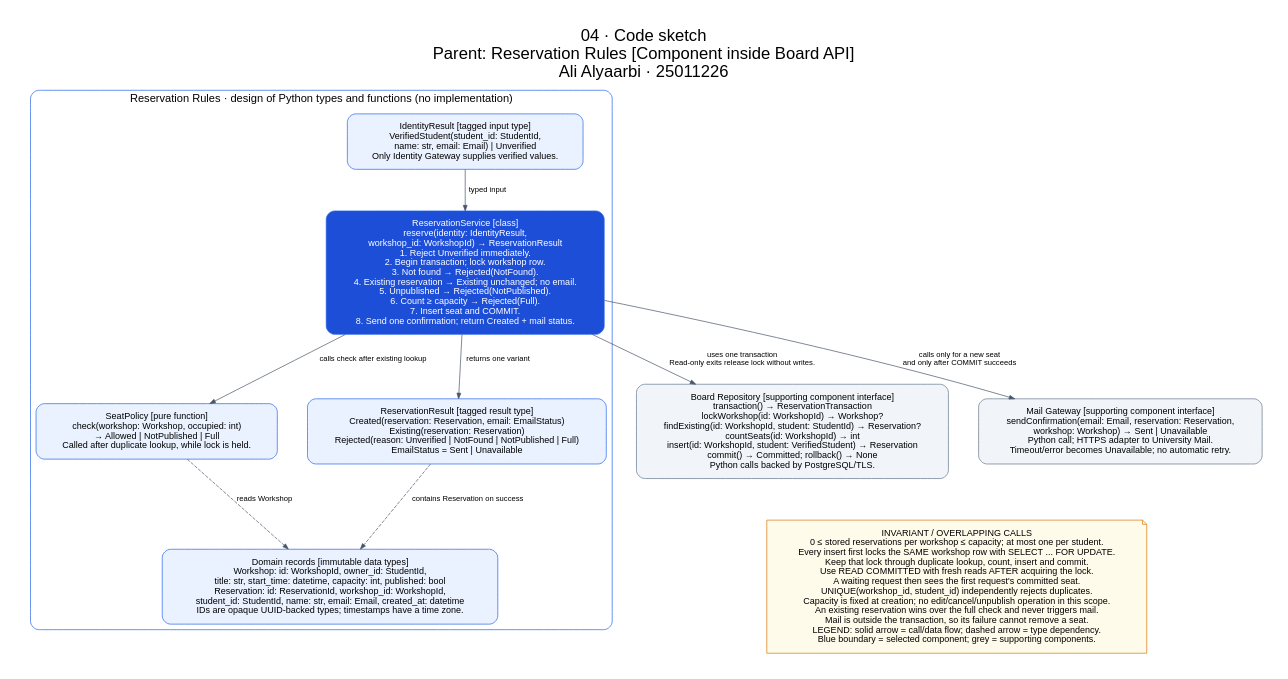
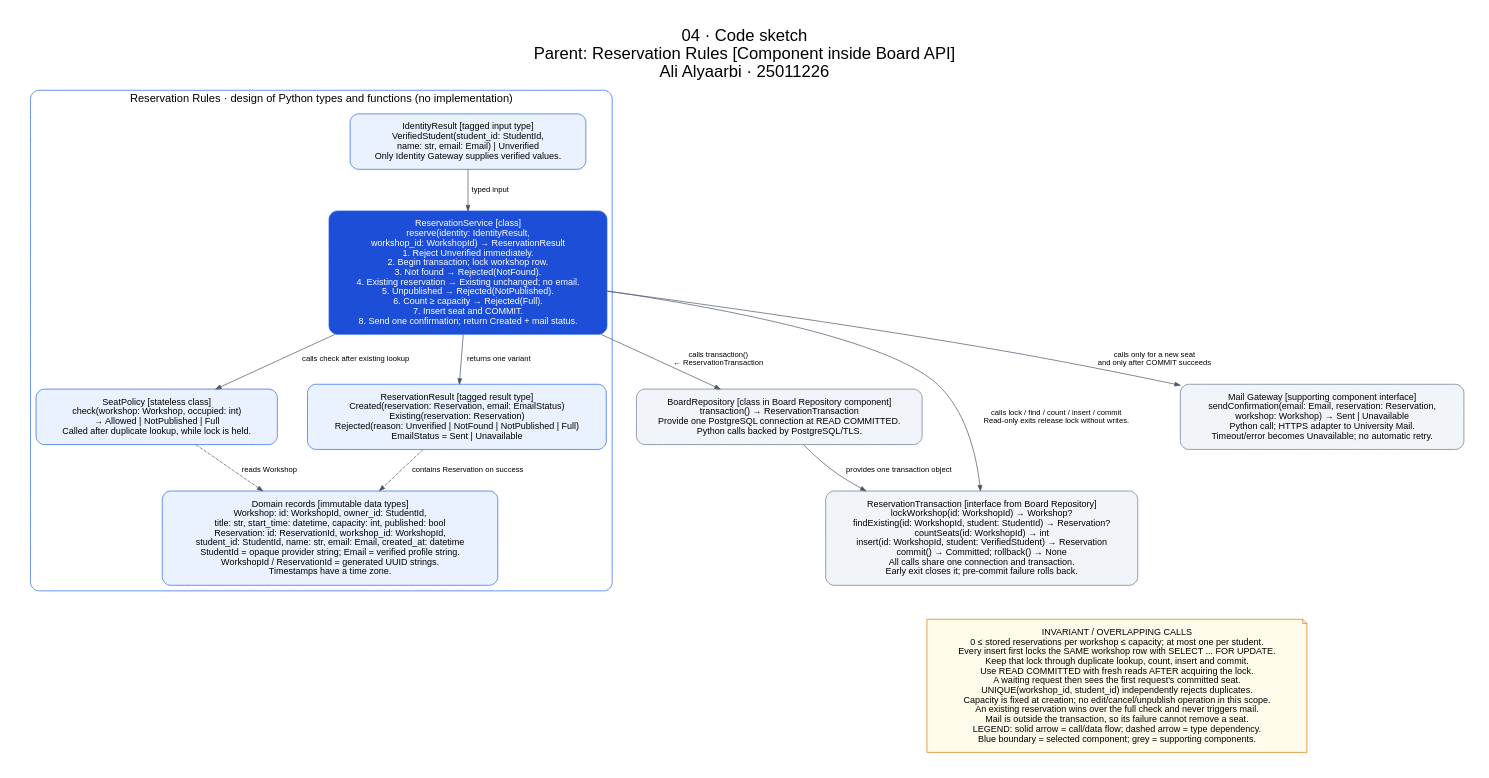
Before and after one commit to Alyrbi/a1220: the diagram in lab05/diagrams/source/04-code.dot, drawn with Graphviz. The commit also changed 13 other files, not shown here.

Commit message:
Clarify Lab 05 transaction boundaries and audit diagram consistency

```diff
--- a/lab05/diagrams/source/04-code.dot
+++ b/lab05/diagrams/source/04-code.dot
@@ -1,31 +1,35 @@
 digraph Code {
   graph [rankdir=TB, bgcolor=white, pad=0.4, nodesep=0.6, ranksep=0.65,
     fontname="Helvetica", fontsize=24, labelloc=t,
     label="04 · Code sketch\nParent: Reservation Rules [Component inside Board API]\nAli Alyaarbi · 25011226"];
   node [shape=box, style="rounded,filled", fillcolor="#EAF2FF", color="#2563EB", fontname="Helvetica", fontsize=13, margin="0.20,0.16"];
   edge [fontname="Helvetica", fontsize=11, color="#475569", arrowsize=0.8];
   subgraph cluster_rules {
     label="Reservation Rules · design of Python types and functions (no implementation)"; fontsize=16; color="#2563EB"; style=rounded;
     identity [label="IdentityResult [tagged input type]\nVerifiedStudent(student_id: StudentId,\nname: str, email: Email) | Unverified\nOnly Identity Gateway supplies verified values."];
     service [fillcolor="#1D4ED8", fontcolor=white,
       label="ReservationService [class]\nreserve(identity: IdentityResult,\nworkshop_id: WorkshopId) → ReservationResult\n1. Reject Unverified immediately.\n2. Begin transaction; lock workshop row.\n3. Not found → Rejected(NotFound).\n4. Existing reservation → Existing unchanged; no email.\n5. Unpublished → Rejected(NotPublished).\n6. Count ≥ capacity → Rejected(Full).\n7. Insert seat and COMMIT.\n8. Send one confirmation; return Created + mail status."];
-    policy [label="SeatPolicy [pure function]\ncheck(workshop: Workshop, occupied: int)\n→ Allowed | NotPublished | Full\nCalled after duplicate lookup, while lock is held."];
+    policy [label="SeatPolicy [stateless class]\ncheck(workshop: Workshop, occupied: int)\n→ Allowed | NotPublished | Full\nCalled after duplicate lookup, while lock is held."];
     result [label="ReservationResult [tagged result type]\nCreated(reservation: Reservation, email: EmailStatus)\nExisting(reservation: Reservation)\nRejected(reason: Unverified | NotFound | NotPublished | Full)\nEmailStatus = Sent | Unavailable"];
-    types [label="Domain records [immutable data types]\nWorkshop: id: WorkshopId, owner_id: StudentId,\ntitle: str, start_time: datetime, capacity: int, published: bool\nReservation: id: ReservationId, workshop_id: WorkshopId,\nstudent_id: StudentId, name: str, email: Email, created_at: datetime\nIDs are opaque UUID-backed types; timestamps have a time zone."];
+    types [label="Domain records [immutable data types]\nWorkshop: id: WorkshopId, owner_id: StudentId,\ntitle: str, start_time: datetime, capacity: int, published: bool\nReservation: id: ReservationId, workshop_id: WorkshopId,\nstudent_id: StudentId, name: str, email: Email, created_at: datetime\nStudentId = opaque provider string; Email = verified profile string.\nWorkshopId / ReservationId = generated UUID strings.\nTimestamps have a time zone."];
     identity -> service [label="typed input"];
     service -> policy [label="calls check after existing lookup"];
     service -> result [label="returns one variant"];
     policy -> types [style=dashed, label="reads Workshop"];
     result -> types [style=dashed, label="contains Reservation on success"];
   }
   repository [fillcolor="#F1F5F9", color="#64748B",
-    label="Board Repository [supporting component interface]\ntransaction() → ReservationTransaction\nlockWorkshop(id: WorkshopId) → Workshop?\nfindExisting(id: WorkshopId, student: StudentId) → Reservation?\ncountSeats(id: WorkshopId) → int\ninsert(id: WorkshopId, student: VerifiedStudent) → Reservation\ncommit() → Committed; rollback() → None\nPython calls backed by PostgreSQL/TLS."];
+    label="BoardRepository [class in Board Repository component]\ntransaction() → ReservationTransaction\nProvide one PostgreSQL connection at READ COMMITTED.\nPython calls backed by PostgreSQL/TLS."];
+  transaction [fillcolor="#F1F5F9", color="#64748B",
+    label="ReservationTransaction [interface from Board Repository]\nlockWorkshop(id: WorkshopId) → Workshop?\nfindExisting(id: WorkshopId, student: StudentId) → Reservation?\ncountSeats(id: WorkshopId) → int\ninsert(id: WorkshopId, student: VerifiedStudent) → Reservation\ncommit() → Committed; rollback() → None\nAll calls share one connection and transaction.\nEarly exit closes it; pre-commit failure rolls back."];
   mail [fillcolor="#F1F5F9", color="#64748B",
     label="Mail Gateway [supporting component interface]\nsendConfirmation(email: Email, reservation: Reservation,\nworkshop: Workshop) → Sent | Unavailable\nPython call; HTTPS adapter to University Mail.\nTimeout/error becomes Unavailable; no automatic retry."];
-  service -> repository [label="uses one transaction\nRead-only exits release lock without writes."];
+  service -> repository [label="calls transaction()\n← ReservationTransaction"];
+  repository -> transaction [label="provides one transaction object"];
+  service -> transaction [label="calls lock / find / count / insert / commit\nRead-only exits release lock without writes."];
   service -> mail [label="calls only for a new seat\nand only after COMMIT succeeds"];
   invariant [shape=note, fillcolor="#FFFBEB", color="#D97706", fontsize=13,
     label="INVARIANT / OVERLAPPING CALLS\n0 ≤ stored reservations per workshop ≤ capacity; at most one per student.\nEvery insert first locks the SAME workshop row with SELECT ... FOR UPDATE.\nKeep that lock through duplicate lookup, count, insert and commit.\nUse READ COMMITTED with fresh reads AFTER acquiring the lock.\nA waiting request then sees the first request's committed seat.\nUNIQUE(workshop_id, student_id) independently rejects duplicates.\nCapacity is fixed at creation; no edit/cancel/unpublish operation in this scope.\nAn existing reservation wins over the full check and never triggers mail.\nMail is outside the transaction, so its failure cannot remove a seat.\nLEGEND: solid arrow = call/data flow; dashed arrow = type dependency.\nBlue boundary = selected component; grey = supporting components."];
-  repository -> invariant [style=invis];
+  transaction -> invariant [style=invis];
   mail -> invariant [style=invis];
 }
```
